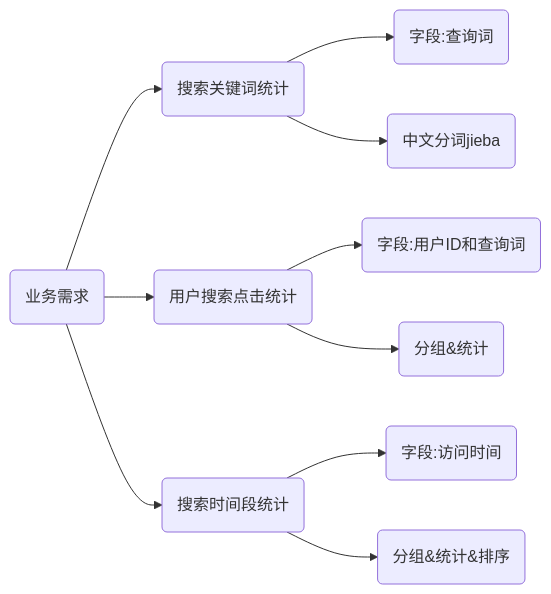
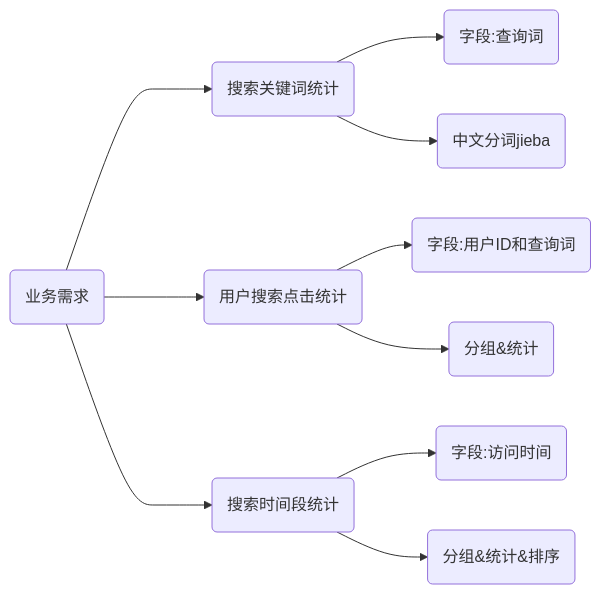
Before and after one commit to cocotwp/cocotwp.github.io: the diagram in _posts/2021-12-15-SparkCore.md, drawn with Mermaid.

````diff
--- a/_posts/2021-12-15-SparkCore.md
+++ b/_posts/2021-12-15-SparkCore.md
@@ -83,12 +83,12 @@
 ```mermaid
 graph LR;
-	A(业务需求)-->B(搜索关键词统计);
-	A-->C(用户搜索点击统计);
-	A-->D(搜索时间段统计);
+	A(业务需求)--->B(搜索关键词统计);
+	A--->C(用户搜索点击统计);
+	A--->D(搜索时间段统计);
 	B-->b1(字段:查询词);
 	B-->b2(中文分词jieba);
 	C-->c1(字段:用户ID和查询词);
 	C-->c2(分组&统计);
 	D-->d1(字段:访问时间);
 	D-->d2(分组&统计&排序);
 ```
````
